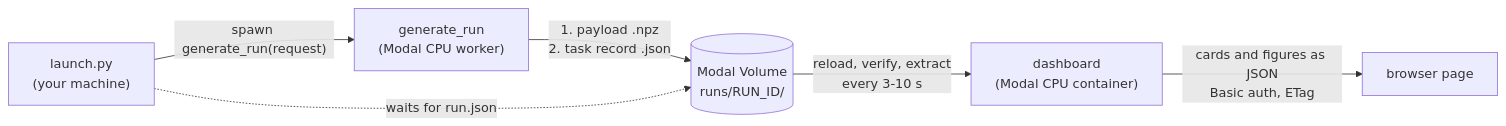
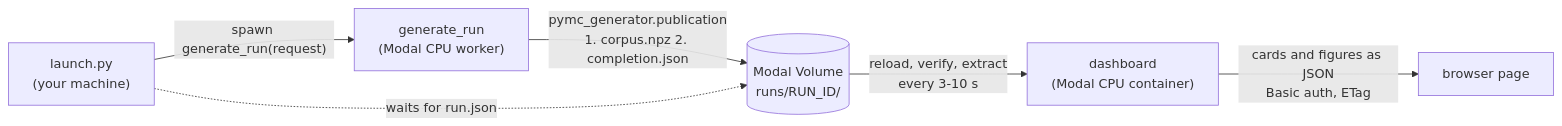
The diagram in live_dashboard/README.md (pymc-labs/pymc-generator), drawn with Mermaid before and after one commit. The commit also changed other lines of this file and 12 other files, not shown here.

First line of the commit message:
Live dashboard: publish tasks through pymc_generator.publication (#67)

````diff
--- a/live_dashboard/README.md
+++ b/live_dashboard/README.md
@@ -25,8 +25,8 @@
 ```mermaid
 flowchart LR
     L["launch.py<br/>(your machine)"] -->|"spawn generate_run(request)"| W["generate_run<br/>(Modal CPU worker)"]
-    W -->|"1. payload .npz<br/>2. task record .json"| V[("Modal Volume<br/>runs/RUN_ID/")]
+    W -->|"pymc_generator.publication<br/>1. corpus.npz 2. completion.json"| V[("Modal Volume<br/>runs/RUN_ID/")]
     L -.->|"waits for run.json"| V
     V -->|"reload, verify, extract<br/>every 3-10 s"| D["dashboard<br/>(Modal CPU container)"]
     D -->|"cards and figures as JSON<br/>Basic auth, ETag"| B["browser page"]
 ```
````
